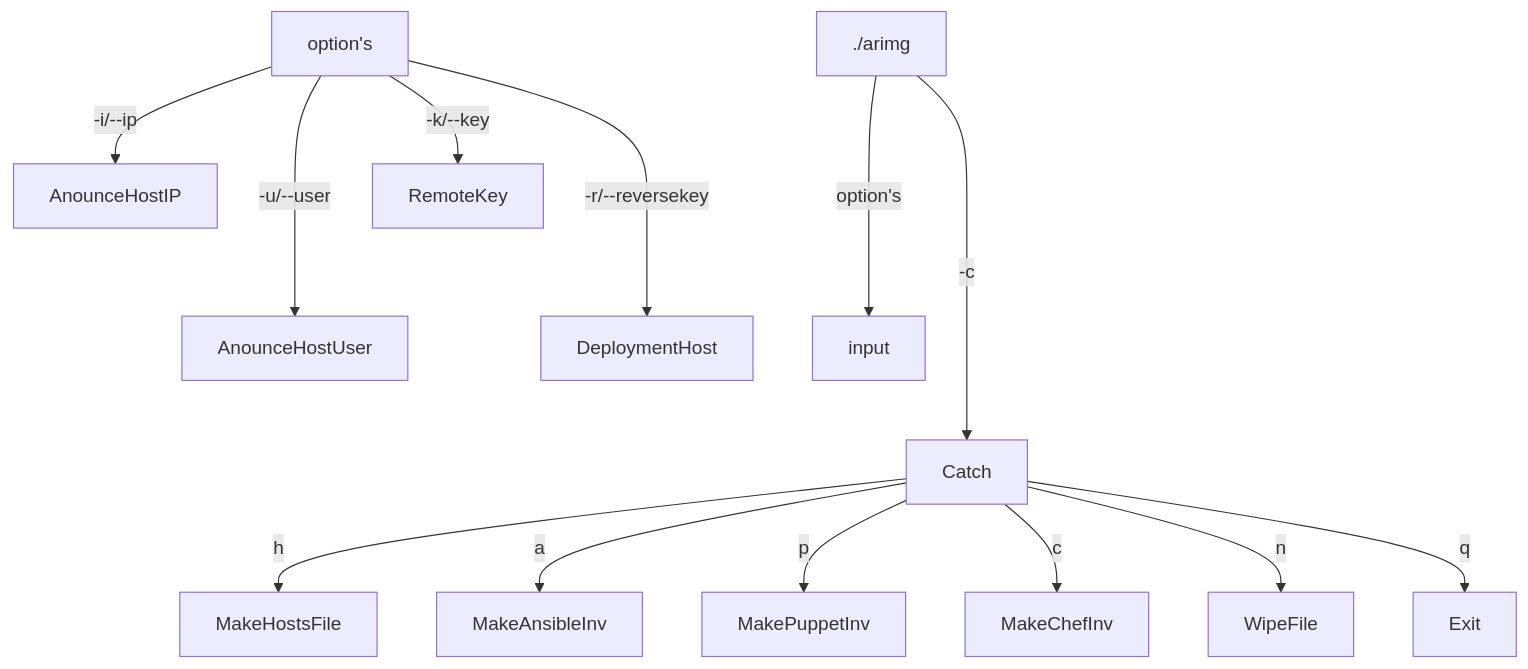
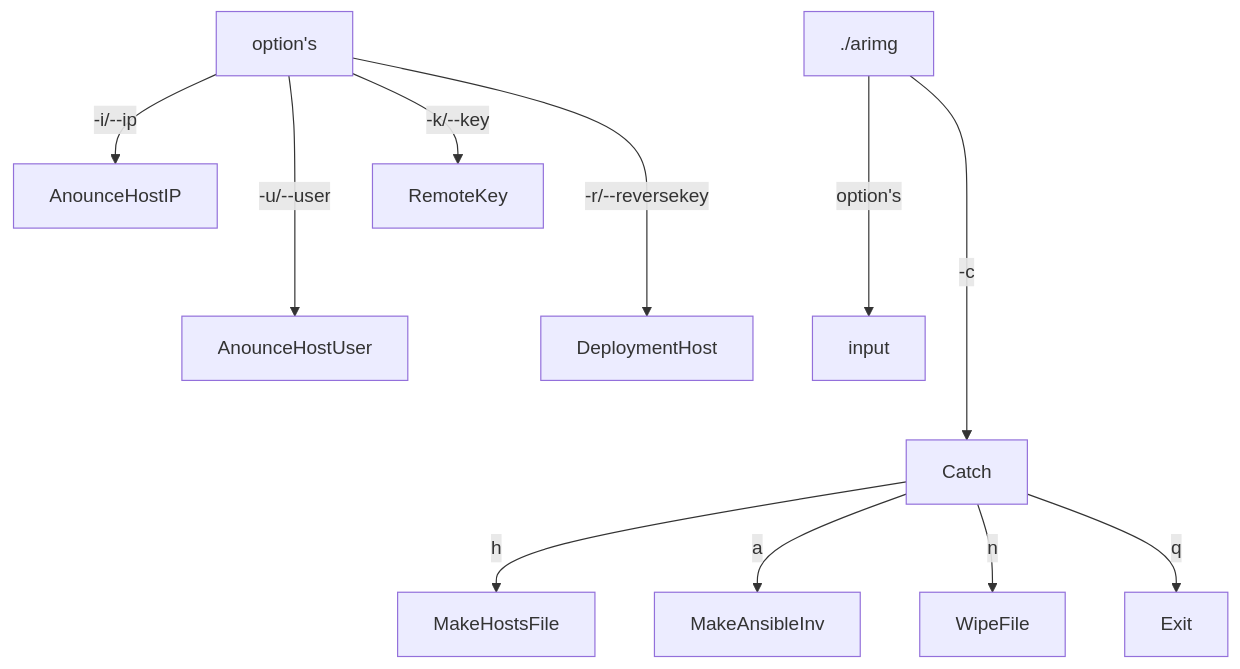
The first of 3 diagrams in chart.md (swaaws/ARiMg), drawn with Mermaid before and after one commit. The commit also changed other lines of this file and 2 other files, not shown here.

Commit message:
remove unfinished features

````diff
--- a/chart.md
+++ b/chart.md
@@ -3,18 +3,16 @@
 ```mermaid
 graph TD;
   ./arimg--->|option's|input
   ./arimg---->|-c|Catch;
 
 
   Catch-->|h|MakeHostsFile;
   Catch-->|a|MakeAnsibleInv;
-  Catch-->|p|MakePuppetInv;
-  Catch-->|c|MakeChefInv;
   Catch-->|n|WipeFile;
   Catch-->|q|Exit;
 
   option's-->|-i/--ip|AnounceHostIP
   option's--->|-u/--user|AnounceHostUser
   option's-->|-k/--key|RemoteKey
   option's--->|-r/--reversekey|DeploymentHost
 ```
````
